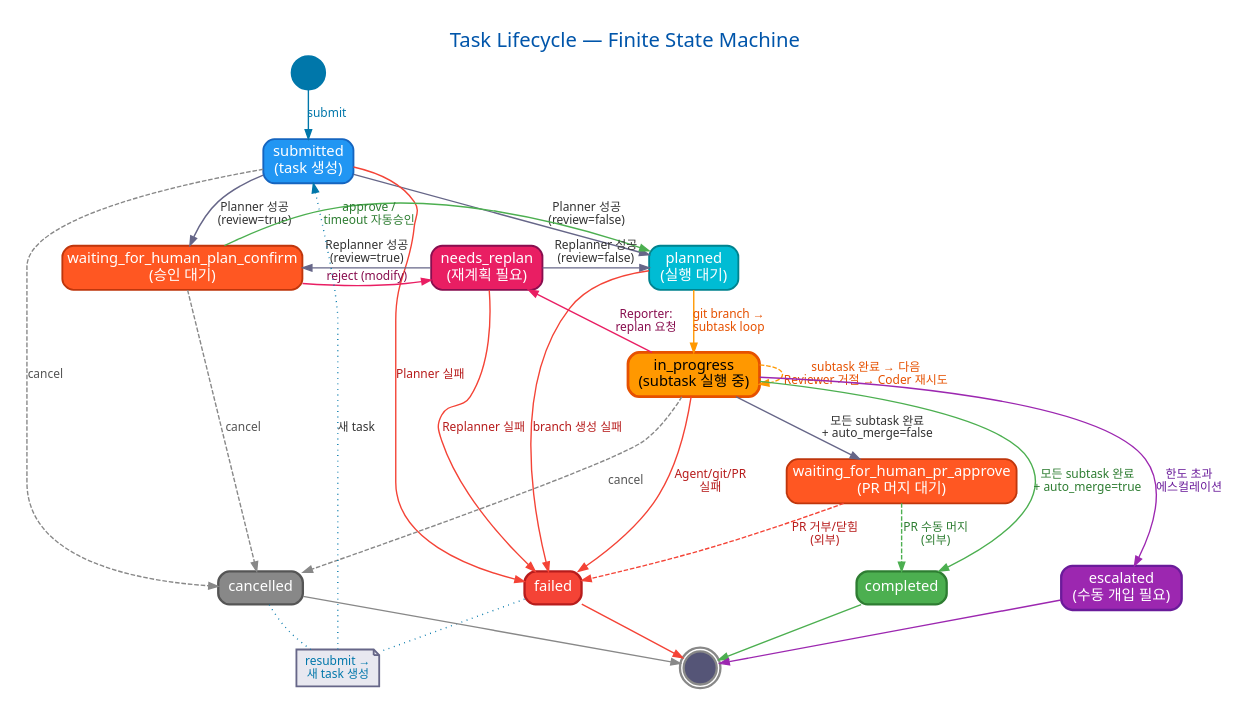
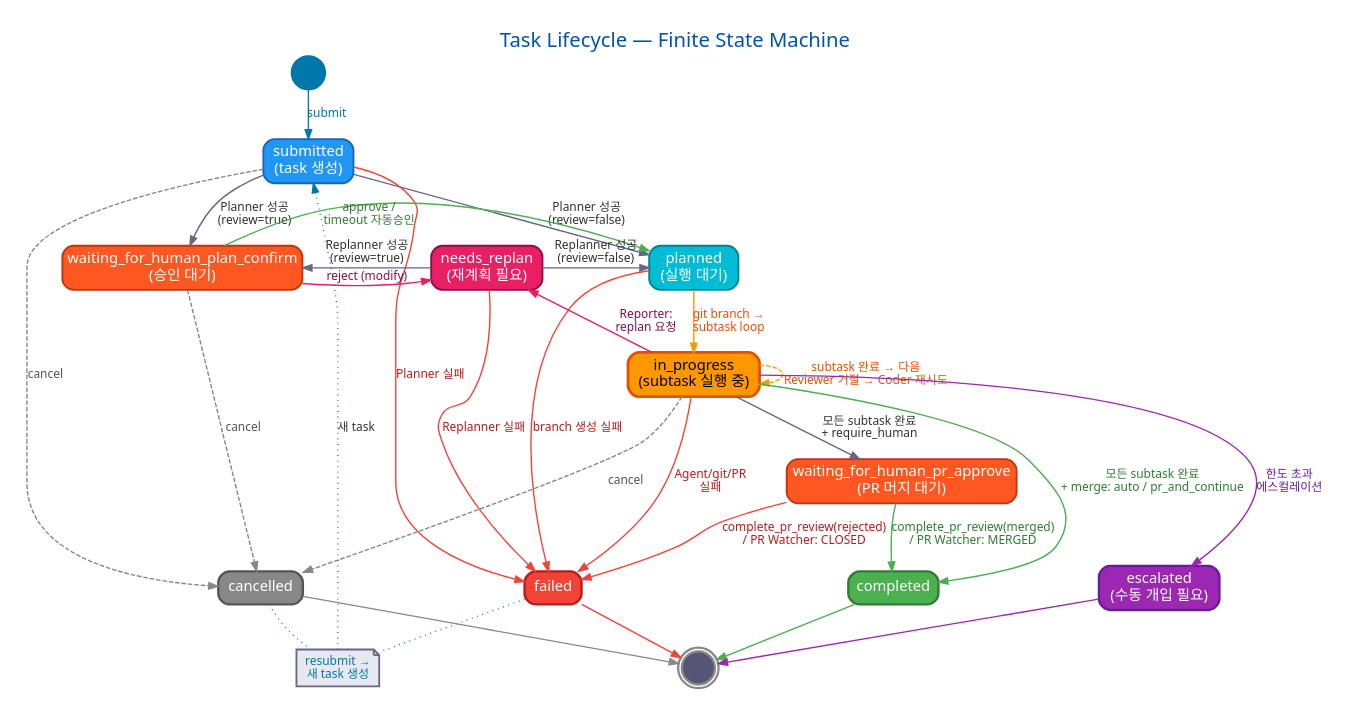
Before and after one commit to seungkeolkim/claude-agent-coding: the diagram in docs/images/task-lifecycle-fsm.dot, drawn with Graphviz. The commit also changed 18 other files, not shown here.

First line of the commit message:
Phase 2.1: merge_strategy + complete_pr_review + PR Watcher + branch config

```diff
--- a/docs/images/task-lifecycle-fsm.dot
+++ b/docs/images/task-lifecycle-fsm.dot
@@ -1,196 +1,196 @@
 digraph TaskLifecycle {
     // 전체 설정
     rankdir=TB;
     bgcolor="white";
     fontname="Segoe UI, Arial, sans-serif";
     pad=0.3;
     nodesep=0.35;
     ranksep=0.55;
 
     // 노드 기본 스타일
     node [
         fontname="Segoe UI, Arial, sans-serif"
         fontsize=16
         style="filled,rounded"
         shape=box
         penwidth=2
         margin="0.15,0.08"
         height=0.5
     ];
 
     // 엣지 기본 스타일
     edge [
         fontname="Segoe UI, Arial, sans-serif"
         fontsize=13
         fontcolor="#333333"
         color="#666688"
         penwidth=1.5
         arrowsize=1.0
     ];
 
     // ─── 노드 정의 ───
 
     // 시작/종료 마커
     start [label="" shape=circle width=0.4 fillcolor="#0077aa" color="#0077aa" penwidth=2.5];
     end [label="" shape=doublecircle width=0.35 fillcolor="#555577" color="#888888" penwidth=2.5];
 
     // 초기 상태
     submitted [
         label="submitted\n(task 생성)"
         fillcolor="#2196F3"
         fontcolor="white"
         color="#1565C0"
     ];
 
     // 계획 상태
     planned [
         label="planned\n(실행 대기)"
         fillcolor="#00BCD4"
         fontcolor="white"
         color="#00838F"
     ];
 
     // 대기 상태
     waiting_for_human_plan_confirm [
         label="waiting_for_human_plan_confirm\n(승인 대기)"
         fillcolor="#FF5722"
         fontcolor="white"
         color="#BF360C"
     ];
 
     needs_replan [
         label="needs_replan\n(재계획 필요)"
         fillcolor="#E91E63"
         fontcolor="white"
         color="#880E4F"
     ];
 
     // 실행 상태
     in_progress [
         label="in_progress\n(subtask 실행 중)"
         fillcolor="#FF9800"
         fontcolor="black"
         color="#E65100"
         penwidth=3
     ];
 
     // 리뷰 상태
     waiting_for_human_pr_approve [
         label="waiting_for_human_pr_approve\n(PR 머지 대기)"
         fillcolor="#FF5722"
         fontcolor="white"
         color="#BF360C"
     ];
 
     // 종료 상태
     completed [
         label="completed"
         fillcolor="#4CAF50"
         fontcolor="white"
         color="#2E7D32"
         penwidth=2.5
     ];
 
     failed [
         label="failed"
         fillcolor="#F44336"
         fontcolor="white"
         color="#B71C1C"
         penwidth=2.5
     ];
 
     cancelled [
         label="cancelled"
         fillcolor="#888888"
         fontcolor="white"
         color="#555555"
         penwidth=2.5
     ];
 
     escalated [
         label="escalated\n(수동 개입 필요)"
         fillcolor="#9C27B0"
         fontcolor="white"
         color="#6A1B9A"
         penwidth=2.5
     ];
 
     // resubmit 안내
     resubmit_note [
         label="resubmit →\n새 task 생성"
         shape=note
         fillcolor="#e8e8f0"
         fontcolor="#0077aa"
         color="#666688"
         fontsize=13
     ];
 
     // ─── 전이 ───
 
     // 시작
     start -> submitted [label="submit" color="#0077aa" fontcolor="#0077aa"];
 
     // submitted →
     submitted -> planned [label="Planner 성공\n(review=false)"];
     submitted -> waiting_for_human_plan_confirm [label="Planner 성공\n(review=true)"];
     submitted -> failed [label="Planner 실패" color="#F44336" fontcolor="#B71C1C"];
     submitted -> cancelled [label="cancel" style=dashed color="#888888" fontcolor="#555555"];
 
     // waiting_for_human_plan_confirm →
     waiting_for_human_plan_confirm -> planned [label="approve /\ntimeout 자동승인" color="#4CAF50" fontcolor="#2E7D32"];
     waiting_for_human_plan_confirm -> needs_replan [label="reject (modify)" color="#E91E63" fontcolor="#880E4F"];
     waiting_for_human_plan_confirm -> cancelled [label="cancel" style=dashed color="#888888" fontcolor="#555555"];
 
     // needs_replan →
     needs_replan -> waiting_for_human_plan_confirm [label="Replanner 성공\n(review=true)"];
     needs_replan -> planned [label="Replanner 성공\n(review=false)"];
     needs_replan -> failed [label="Replanner 실패" color="#F44336" fontcolor="#B71C1C"];
 
     // planned →
     planned -> in_progress [label="git branch →\nsubtask loop" color="#FF9800" fontcolor="#E65100"];
     planned -> failed [label="branch 생성 실패" color="#F44336" fontcolor="#B71C1C"];
 
     // in_progress → (self-loop)
     in_progress -> in_progress [
         label="subtask 완료 → 다음\nReviewer 거절 → Coder 재시도"
         color="#FF9800"
         fontcolor="#E65100"
         style=dashed
     ];
 
     // in_progress → 다른 상태
-    in_progress -> completed [label="모든 subtask 완료\n+ auto_merge=true" color="#4CAF50" fontcolor="#2E7D32"];
-    in_progress -> waiting_for_human_pr_approve [label="모든 subtask 완료\n+ auto_merge=false"];
+    in_progress -> completed [label="모든 subtask 완료\n+ merge: auto / pr_and_continue" color="#4CAF50" fontcolor="#2E7D32"];
+    in_progress -> waiting_for_human_pr_approve [label="모든 subtask 완료\n+ require_human"];
     in_progress -> needs_replan [label="Reporter:\nreplan 요청" color="#E91E63" fontcolor="#880E4F"];
     in_progress -> escalated [label="한도 초과\n에스컬레이션" color="#9C27B0" fontcolor="#6A1B9A"];
     in_progress -> failed [label="Agent/git/PR\n실패" color="#F44336" fontcolor="#B71C1C"];
     in_progress -> cancelled [label="cancel" style=dashed color="#888888" fontcolor="#555555"];
 
     // waiting_for_human_pr_approve →
-    waiting_for_human_pr_approve -> completed [label="PR 수동 머지\n(외부)" color="#4CAF50" fontcolor="#2E7D32" style=dashed];
-    waiting_for_human_pr_approve -> failed [label="PR 거부/닫힘\n(외부)" color="#F44336" fontcolor="#B71C1C" style=dashed];
+    waiting_for_human_pr_approve -> completed [label="complete_pr_review(merged)\n/ PR Watcher: MERGED" color="#4CAF50" fontcolor="#2E7D32"];
+    waiting_for_human_pr_approve -> failed [label="complete_pr_review(rejected)\n/ PR Watcher: CLOSED" color="#F44336" fontcolor="#B71C1C"];
 
     // 종료 → end
     completed -> end [color="#4CAF50"];
     failed -> end [color="#F44336"];
     cancelled -> end [color="#888888"];
     escalated -> end [color="#9C27B0"];
 
     // resubmit
     failed -> resubmit_note [style=dotted color="#0077aa" arrowhead=none];
     cancelled -> resubmit_note [style=dotted color="#0077aa" arrowhead=none];
     resubmit_note -> submitted [style=dotted color="#0077aa" label="새 task"];
 
     // ─── 레이아웃 힌트 ───
     { rank=same; submitted }
     { rank=same; waiting_for_human_plan_confirm; planned; needs_replan }
     { rank=same; in_progress }
     { rank=same; waiting_for_human_pr_approve }
     { rank=same; completed; failed; cancelled; escalated }
 
     // 타이틀
     labelloc=t;
     label="Task Lifecycle — Finite State Machine";
     fontsize=22;
     fontcolor="#0055aa";
 }
```
